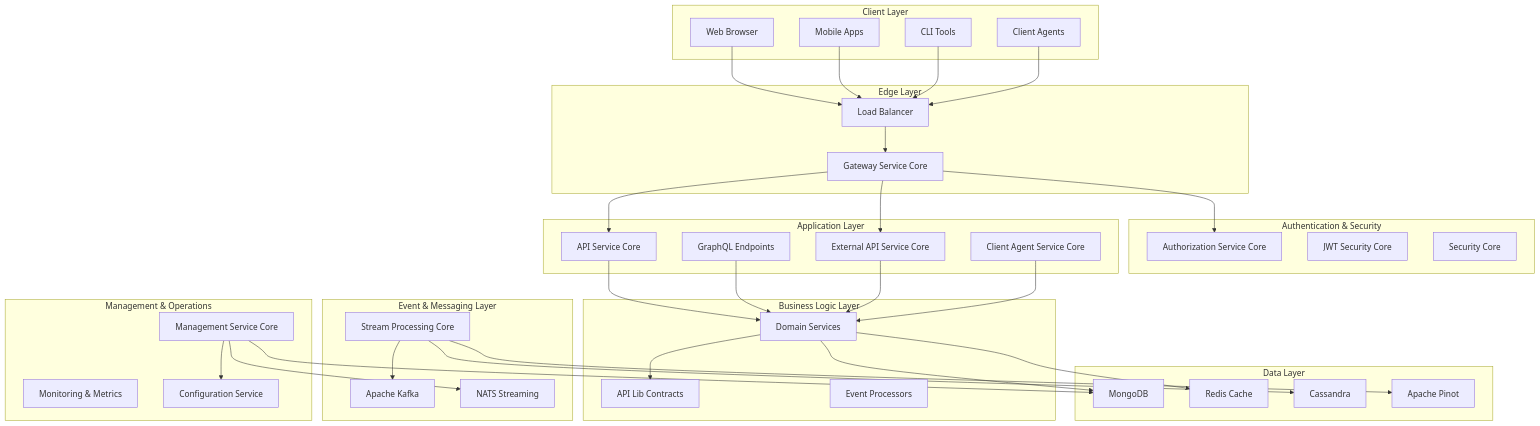
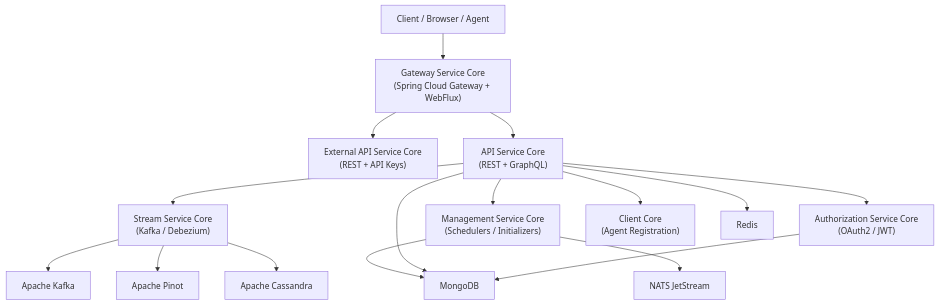
The first of 5 diagrams in docs/development/architecture/README.md (flamingo-stack/openframe-oss-lib), drawn with Mermaid before and after one commit. The commit also changed other lines of this file and 1819 other files, not shown here.

````diff
--- a/docs/development/architecture/README.md
+++ b/docs/development/architecture/README.md
@@ -7,80 +9,20 @@
 ```mermaid
 flowchart TD
-    subgraph "Client Layer"
-        Web[Web Browser]
-        Mobile[Mobile Apps]
-        CLI[CLI Tools]
-        Agents[Client Agents]
-    end
-    
-    subgraph "Edge Layer"
-        Gateway[Gateway Service Core]
-        LoadBalancer[Load Balancer]
-    end
-    
-    subgraph "Authentication & Security"
-        OAuth[Authorization Service Core]
-        JWT[JWT Security Core]
-        Security[Security Core]
-    end
-    
-    subgraph "Application Layer"
-        API[API Service Core]
-        GraphQL[GraphQL Endpoints]
-        External[External API Service Core]
-        Client[Client Agent Service Core]
-    end
-    
-    subgraph "Business Logic Layer"
-        Contracts[API Lib Contracts]
-        Services[Domain Services]
-        Processors[Event Processors]
-    end
-    
-    subgraph "Data Layer"
-        Mongo[MongoDB]
-        Redis[Redis Cache]
-        Cassandra[Cassandra]
-        Pinot[Apache Pinot]
-    end
-    
-    subgraph "Event & Messaging Layer"
-        Kafka[Apache Kafka]
-        NATS[NATS Streaming]
-        Stream[Stream Processing Core]
-    end
-    
-    subgraph "Management & Operations"
-        Management[Management Service Core]
-        Monitoring[Monitoring & Metrics]
-        Config[Configuration Service]
-    end
+    Client["Client / Browser / Agent"] --> Gateway["Gateway Service Core\n(Spring Cloud Gateway + WebFlux)"]
+    Gateway --> ExternalAPI["External API Service Core\n(REST + API Keys)"]
+    Gateway --> ApiCore["API Service Core\n(REST + GraphQL)"]
 
-    %% Connections
-    Web --> LoadBalancer
-    Mobile --> LoadBalancer
-    CLI --> LoadBalancer
-    Agents --> LoadBalancer
-    
-    LoadBalancer --> Gateway
-    Gateway --> OAuth
-    Gateway --> API
-    Gateway --> External
-    
-    API --> Services
-    GraphQL --> Services
-    External --> Services
-    Client --> Services
-    
-    Services --> Contracts
-    Services --> Mongo
-    Services --> Redis
-    
-    Stream --> Cassandra
-    Stream --> Pinot
-    Stream --> Kafka
-    
+    ApiCore --> Authz["Authorization Service Core\n(OAuth2 / JWT)"]
+    ApiCore --> Stream["Stream Service Core\n(Kafka / Debezium)"]
+    ApiCore --> Management["Management Service Core\n(Schedulers / Initializers)"]
+    ApiCore --> ClientSvc["Client Core\n(Agent Registration)"]
+
+    Authz --> Mongo["MongoDB"]
+    ApiCore --> Mongo
+    ApiCore --> Redis["Redis"]
+    Stream --> Kafka["Apache Kafka"]
+    Stream --> Pinot["Apache Pinot"]
+    Stream --> Cassandra["Apache Cassandra"]
+    Management --> NATS["NATS JetStream"]
     Management --> Mongo
-    Management --> NATS
-    Management --> Config
 ```
````
